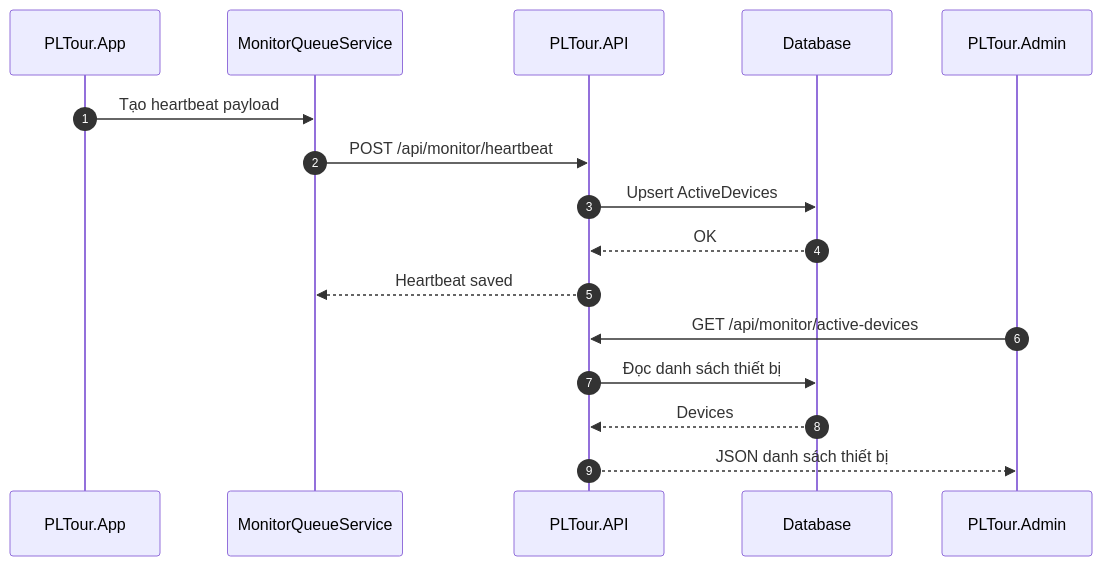
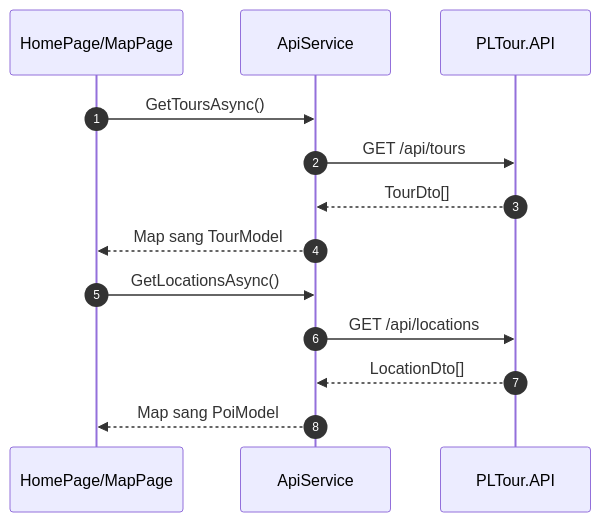
One commit to Hantieus/PL-Tour changed the second of 35 diagrams in PRD_PLTour.md. Above: the diagram before and after it, drawn with Mermaid. The commit also changed other lines of this file, not shown here.

````diff
--- a/PRD_PLTour.md
+++ b/PRD_PLTour.md
@@ -272,19 +157,17 @@
 ```mermaid
 sequenceDiagram
   autonumber
-  participant App as PLTour.App
-  participant MQ as MonitorQueueService
+  participant UI as HomePage/MapPage
+  participant Api as ApiService
   participant API as PLTour.API
-  participant DB as Database
-  participant ADM as PLTour.Admin
 
-  App->>MQ: Tạo heartbeat payload
-  MQ->>API: POST /api/monitor/heartbeat
-  API->>DB: Upsert ActiveDevices
-  DB-->>API: OK
-  API-->>MQ: Heartbeat saved
-  ADM->>API: GET /api/monitor/active-devices
-  API->>DB: Đọc danh sách thiết bị
-  DB-->>API: Devices
-  API-->>ADM: JSON danh sách thiết bị
+  UI->>Api: GetToursAsync()
+  Api->>API: GET /api/tours
+  API-->>Api: TourDto[]
+  Api-->>UI: Map sang TourModel
+
+  UI->>Api: GetLocationsAsync()
+  Api->>API: GET /api/locations
+  API-->>Api: LocationDto[]
+  Api-->>UI: Map sang PoiModel
 ```
````
